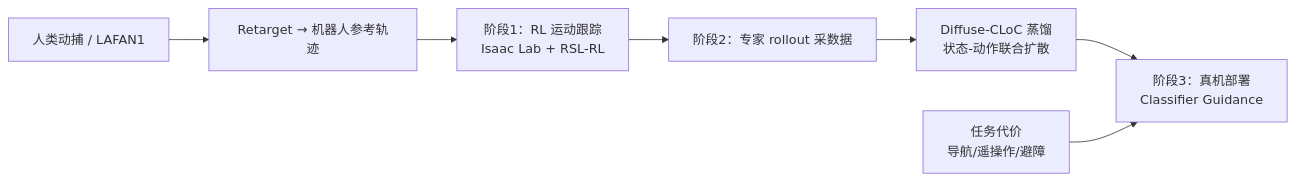
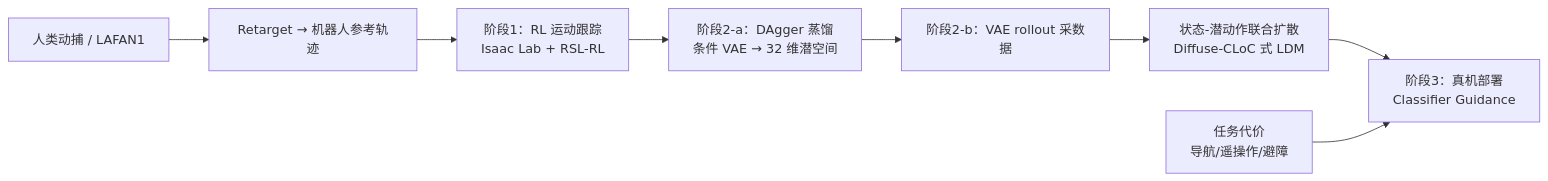
The first of 5 diagrams in papers/01_Foundational_RL/BeyondMimic/BeyondMimic.md (ImChong/Robot_Learning_Paper_Notebooks), drawn with Mermaid before and after one commit. The commit also changed other lines of this file, not shown here.

```diff
--- a/papers/01_Foundational_RL/BeyondMimic/BeyondMimic.md
+++ b/papers/01_Foundational_RL/BeyondMimic/BeyondMimic.md
@@ -85,9 +112,10 @@
 <div class="mermaid">
 flowchart LR
     MoCap["人类动捕 / LAFAN1"] --> Retarget["Retarget → 机器人参考轨迹"]
     Retarget --> RL["阶段1：RL 运动跟踪<br/>Isaac Lab + RSL-RL"]
-    RL --> Rollout["阶段2：专家 rollout 采数据"]
-    Rollout --> Diff["Diffuse-CLoC 蒸馏<br/>状态-动作联合扩散"]
+    RL --> VAE["阶段2-a：DAgger 蒸馏<br/>条件 VAE → 32 维潜空间"]
+    VAE --> Rollout["阶段2-b：VAE rollout 采数据"]
+    Rollout --> Diff["状态-潜动作联合扩散<br/>Diffuse-CLoC 式 LDM"]
     Diff --> Deploy["阶段3：真机部署<br/>Classifier Guidance"]
     Task["任务代价<br/>导航/遥操作/避障"] --> Deploy
 </div>
```
